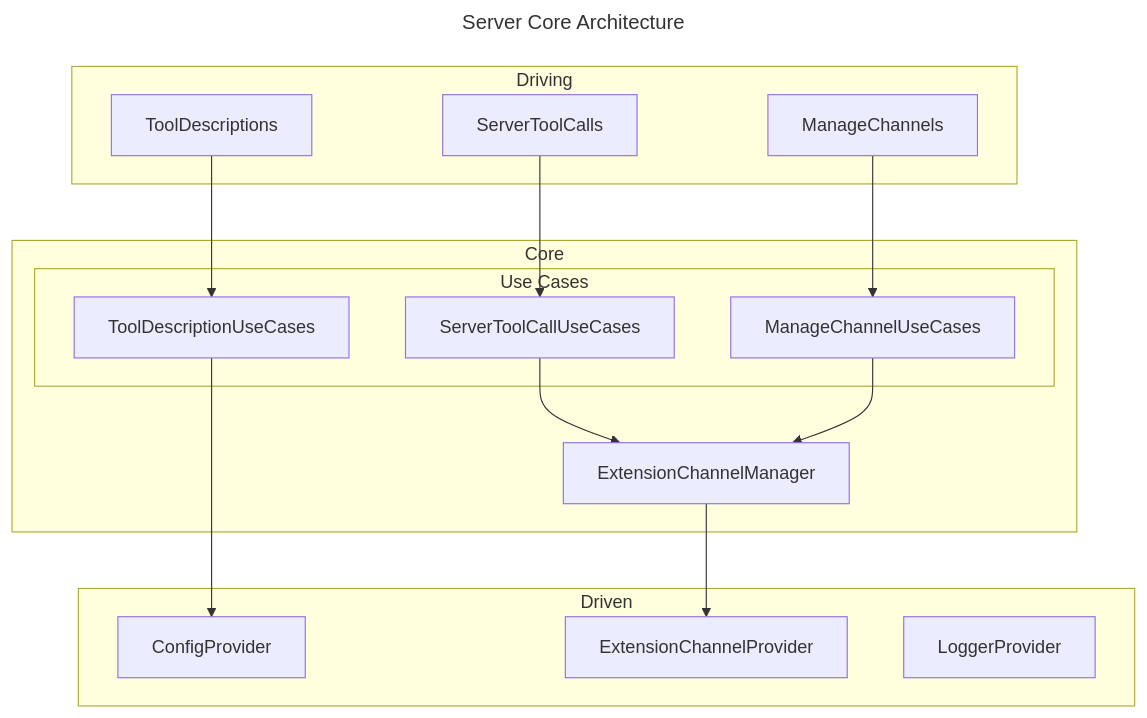
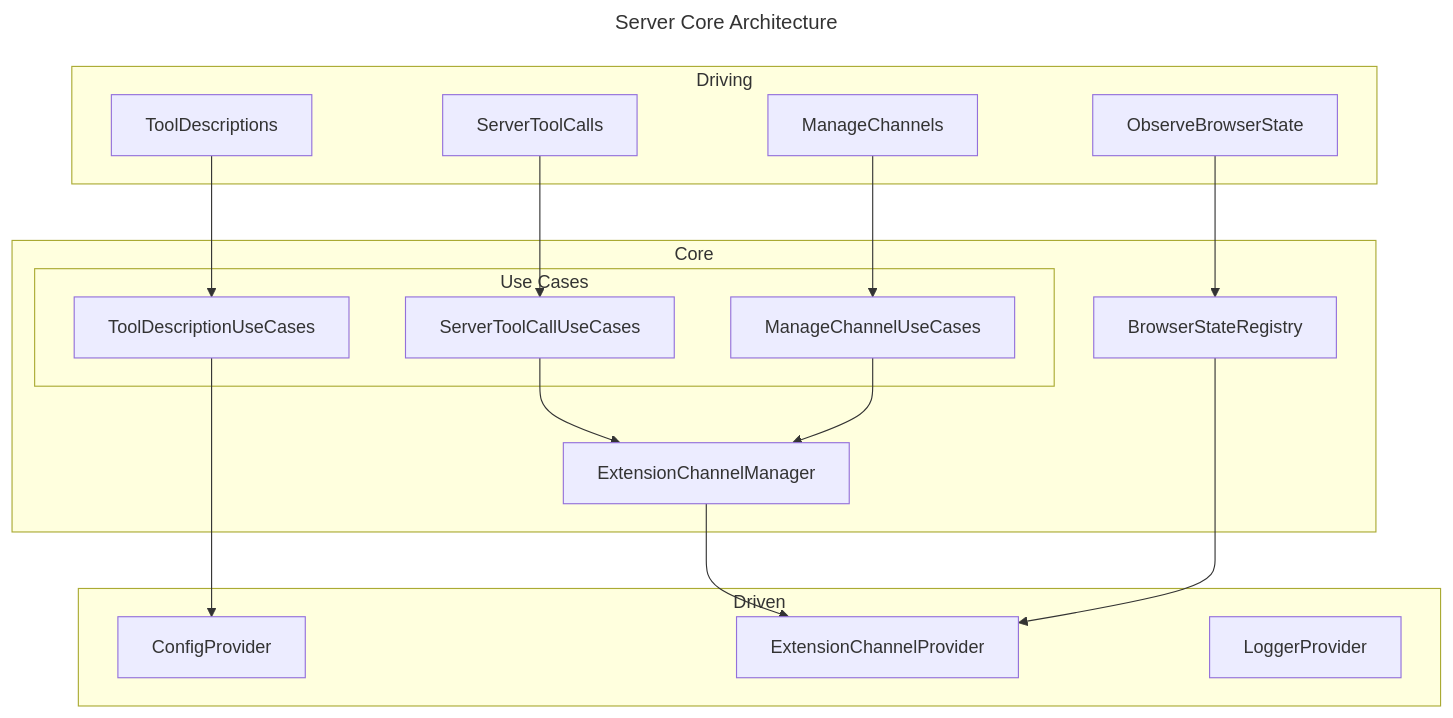
The second of 5 diagrams in docs/architecture.md (ndthanhdev/mcp-browser-kit), drawn with Mermaid before and after one commit. The commit also changed other lines of this file and 46 other files, not shown here.

````diff
--- a/docs/architecture.md
+++ b/docs/architecture.md
@@ -34,37 +35,41 @@
 ```mermaid
 ---
 title: Server Core Architecture
 ---
 flowchart TD
   subgraph ServerDriving["Driving"]
     ServerToolCalls
     ManageChannels
     ToolDescriptions
+    ObserveBrowserState
   end
 
   subgraph ServerCore["Core"]
     subgraph UseCases["Use Cases"]
       ServerToolCallUseCases
       ManageChannelUseCases
       ToolDescriptionUseCases
     end
     ExtensionChannelManager
+    BrowserStateRegistry
   end
 
   subgraph ServerDriven["Driven"]
     ConfigProvider["ConfigProvider"]
     ExtensionChannelProvider
     LoggerProvider["LoggerProvider"]
   end
 
   %% From Driving
   ServerToolCalls --> ServerToolCallUseCases
   ToolDescriptions --> ToolDescriptionUseCases
   ManageChannels --> ManageChannelUseCases
+  ObserveBrowserState --> BrowserStateRegistry
   %% From Core
   ServerToolCallUseCases--> ExtensionChannelManager
   ManageChannelUseCases --> ExtensionChannelManager
   ExtensionChannelManager --> ExtensionChannelProvider
+  BrowserStateRegistry --> ExtensionChannelProvider
   ToolDescriptionUseCases --> ConfigProvider
 
 ```
````
